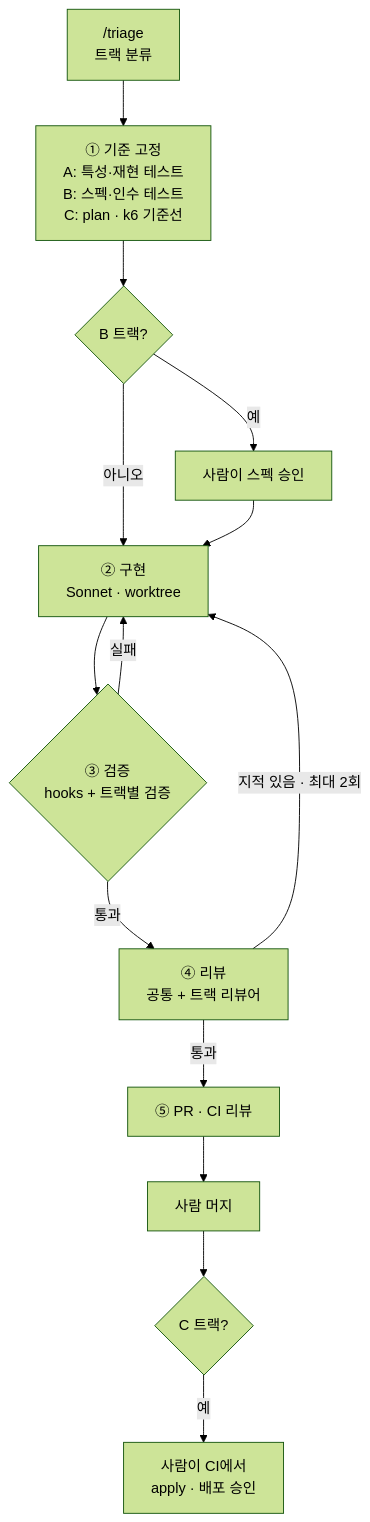
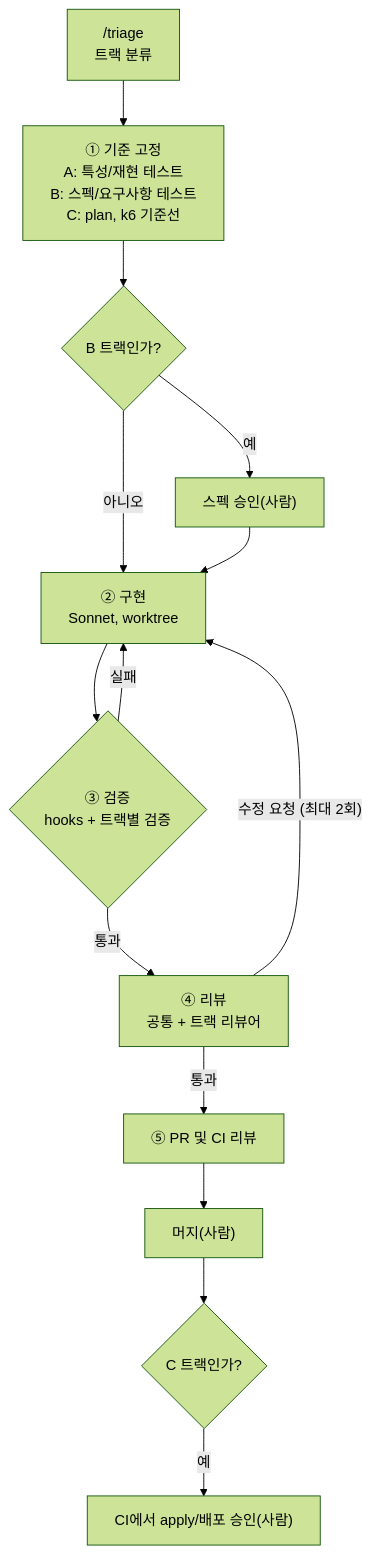
The second of 3 diagrams in docs/ai-system/plan.md (bstaran/CC-Creator-Culture), drawn with Mermaid (forest theme) before and after one commit. The commit also changed other lines of this file and 1 other file, not shown here.

````diff
--- a/docs/ai-system/plan.md
+++ b/docs/ai-system/plan.md
@@ -240,16 +244,16 @@
 ```mermaid
 flowchart TD
-  T["/triage<br/>트랙 분류"] --> F["① 기준 고정<br/>A: 특성·재현 테스트<br/>B: 스펙·인수 테스트<br/>C: plan · k6 기준선"]
-  F --> G{"B 트랙?"}
-  G -->|"예"| H["사람이 스펙 승인"]
-  G -->|"아니오"| I["② 구현<br/>Sonnet · worktree"]
+  T["/triage<br/>트랙 분류"] --> F["① 기준 고정<br/>A: 특성/재현 테스트<br/>B: 스펙/요구사항 테스트<br/>C: plan, k6 기준선"]
+  F --> G{"B 트랙인가?"}
+  G -->|"예"| H["스펙 승인(사람)"]
+  G -->|"아니오"| I["② 구현<br/>Sonnet, worktree"]
   H --> I
   I --> V{"③ 검증<br/>hooks + 트랙별 검증"}
   V -->|"실패"| I
   V -->|"통과"| R["④ 리뷰<br/>공통 + 트랙 리뷰어"]
-  R -->|"지적 있음 · 최대 2회"| I
-  R -->|"통과"| P["⑤ PR · CI 리뷰"]
-  P --> M["사람 머지"]
-  M --> C{"C 트랙?"}
-  C -->|"예"| Y["사람이 CI에서<br/>apply · 배포 승인"]
+  R -->|"수정 요청 (최대 2회)"| I
+  R -->|"통과"| P["⑤ PR 및 CI 리뷰"]
+  P --> M["머지(사람)"]
+  M --> C{"C 트랙인가?"}
+  C -->|"예"| Y["CI에서 apply/배포 승인(사람)"]
 ```
````
